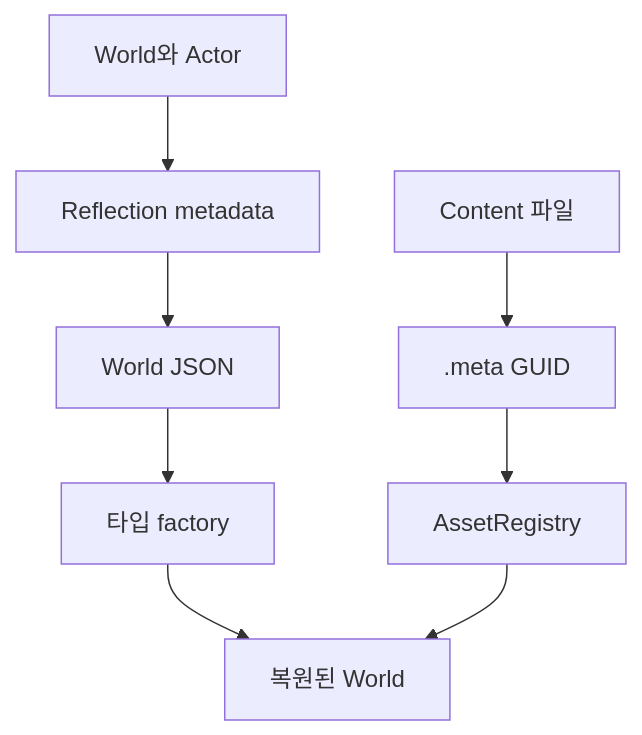
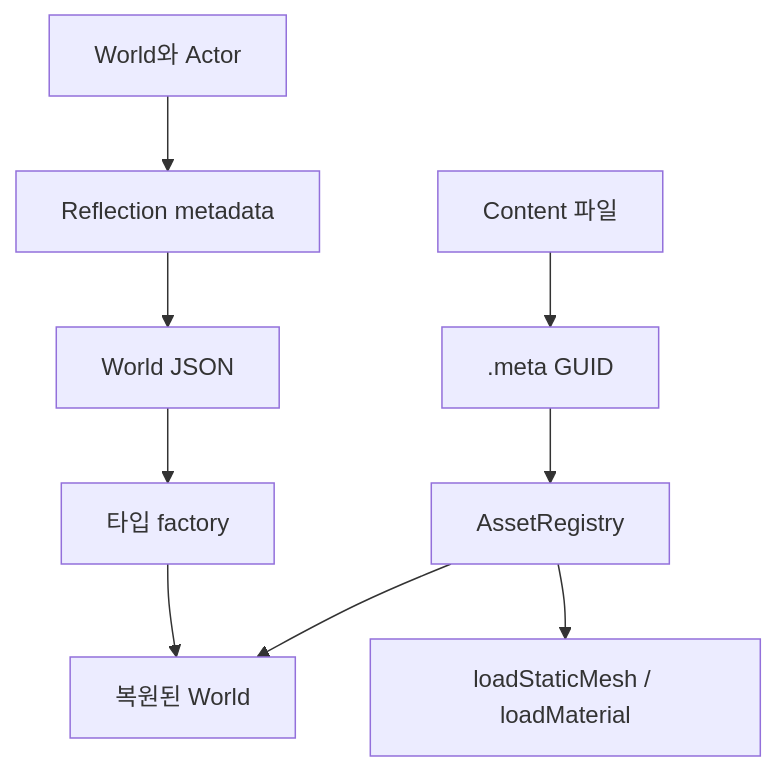
The diagram in docs/modules/assets-and-serialization.md (gitUserKHS/game_engine), drawn with Mermaid before and after one commit. The commit also changed other lines of this file and 5 other files, not shown here.

````diff
--- a/docs/modules/assets-and-serialization.md
+++ b/docs/modules/assets-and-serialization.md
@@ -22,10 +23,11 @@
 ```mermaid
 flowchart TD
     Content["Content 파일"] --> Meta[".meta GUID"]
     Meta --> Registry["AssetRegistry"]
+    Registry --> Load["loadStaticMesh / loadMaterial"]
     World["World와 Actor"] --> Reflection["Reflection metadata"]
     Reflection --> Json["World JSON"]
     Json --> Factory["타입 factory"]
     Factory --> Restored["복원된 World"]
     Registry --> Restored
 ```
````
